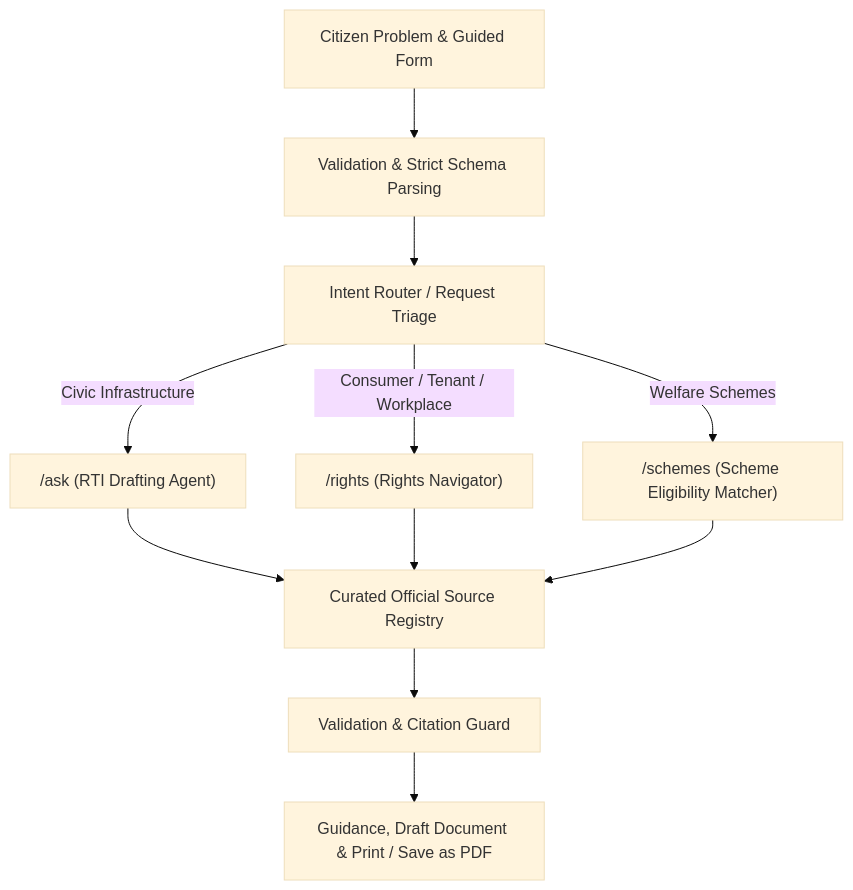
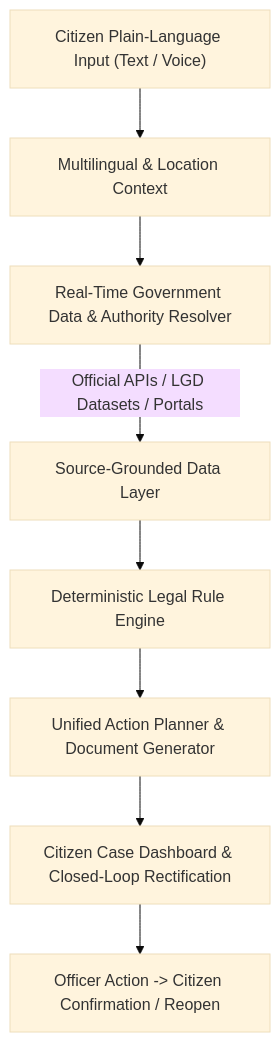
One commit to ammuelsa17-ui/inforight-ai changed the diagram in README.md. Above: the diagram before and after it, drawn with Mermaid (base theme). The commit also changed other lines of this file and 5 other files, not shown here.

````diff
--- a/README.md
+++ b/README.md
@@ -24,13 +24,10 @@
 ```mermaid
 flowchart TD
-    A["Citizen Problem & Guided Form"] --> B["Validation & Strict Schema Parsing"]
-    B --> C["Intent Router / Request Triage"]
-    C -->|Civic Infrastructure| D["/ask (RTI Drafting Agent)"]
-    C -->|Consumer / Tenant / Workplace| E["/rights (Rights Navigator)"]
-    C -->|Welfare Schemes| F["/schemes (Scheme Eligibility Matcher)"]
-    D --> G["Curated Official Source Registry"]
-    E --> G
-    F --> G
-    G --> H["Validation & Citation Guard"]
-    H --> I["Guidance, Draft Document & Print / Save as PDF"]
+    A["Citizen Plain-Language Input (Text / Voice)"] --> B["Multilingual & Location Context"]
+    B --> C["Real-Time Government Data & Authority Resolver"]
+    C -->|Official APIs / LGD Datasets / Portals| D["Source-Grounded Data Layer"]
+    D --> E["Deterministic Legal Rule Engine"]
+    E --> F["Unified Action Planner & Document Generator"]
+    F --> G["Citizen Case Dashboard & Closed-Loop Rectification"]
+    G --> H["Officer Action -> Citizen Confirmation / Reopen"]
 ```
````
